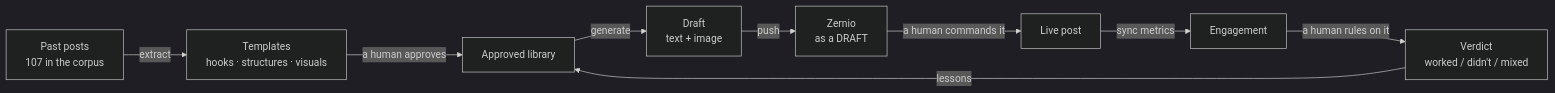
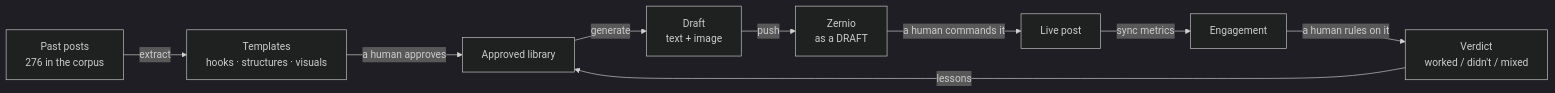
The diagram in README.md (nikhiilraj/pixii-intelligence), drawn with Mermaid (dark theme) before and after one commit. The commit also changed other lines of this file and 8 other files, not shown here.

````diff
--- a/README.md
+++ b/README.md
@@ -164,11 +236,11 @@
 ```mermaid
 graph LR
-    A[Past posts<br/>107 in the corpus] -->|extract| B[Templates<br/>hooks · structures · visuals]
+    A[Past posts<br/>276 in the corpus] -->|extract| B[Templates<br/>hooks · structures · visuals]
     B -->|a human approves| C[Approved library]
     C -->|generate| D[Draft<br/>text + image]
     D -->|push| E[Zernio<br/>as a DRAFT]
     E -->|a human commands it| F[Live post]
     F -->|sync metrics| G[Engagement]
     G -->|a human rules on it| H[Verdict<br/>worked / didn't / mixed]
     H -->|lessons| C
 ```
````
